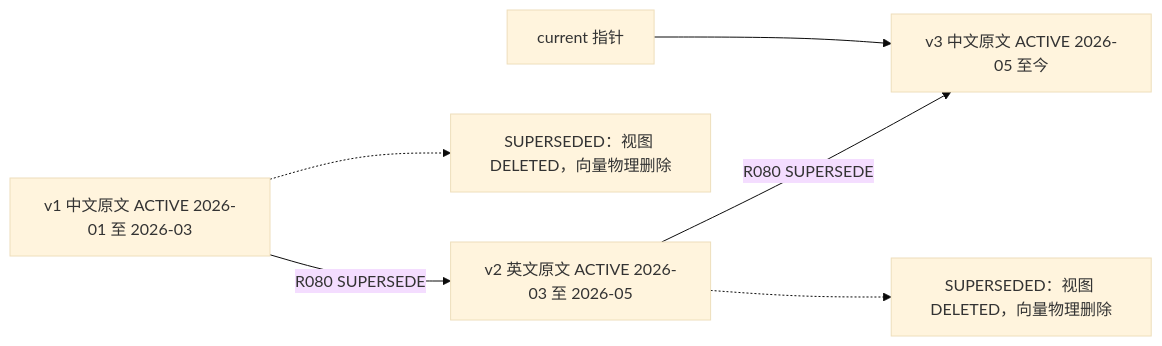
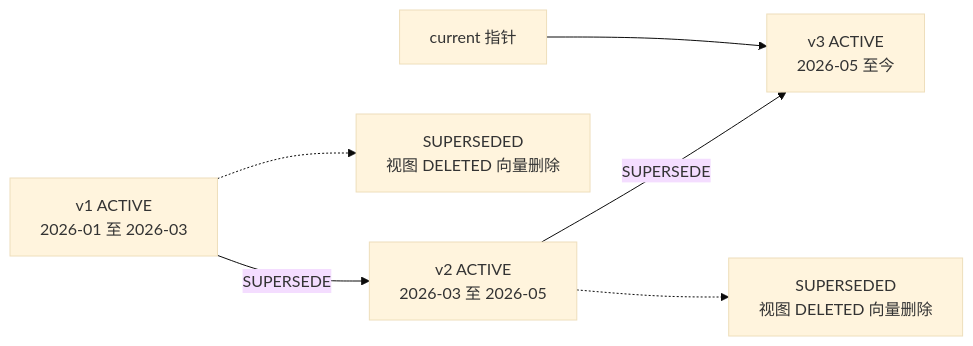
One commit to luming1617/mms changed the third of 6 diagrams in docs/2-详细设计/08-记忆新增与更新.md. Above: the diagram before and after it, drawn with Mermaid (base theme). The commit also changed other lines of this file and 37 other files, not shown here.

````diff
--- a/docs/2-详细设计/08-记忆新增与更新.md
+++ b/docs/2-详细设计/08-记忆新增与更新.md
@@ -110,8 +112,8 @@
 ```mermaid
 flowchart LR
-  V1["v1 中文原文 ACTIVE 2026-01 至 2026-03"] -->|"R080 SUPERSEDE"| V2["v2 英文原文 ACTIVE 2026-03 至 2026-05"]
-  V2 -->|"R080 SUPERSEDE"| V3["v3 中文原文 ACTIVE 2026-05 至今"]
-  V1 -.-> S1["SUPERSEDED：视图 DELETED，向量物理删除"]
-  V2 -.-> S2["SUPERSEDED：视图 DELETED，向量物理删除"]
+  V1["v1 ACTIVE<br/>2026-01 至 2026-03"] -->|"SUPERSEDE"| V2["v2 ACTIVE<br/>2026-03 至 2026-05"]
+  V2 -->|"SUPERSEDE"| V3["v3 ACTIVE<br/>2026-05 至今"]
+  V1 -.-> S1["SUPERSEDED<br/>视图 DELETED 向量删除"]
+  V2 -.-> S2["SUPERSEDED<br/>视图 DELETED 向量删除"]
   P["current 指针"] --> V3
 ```
````
